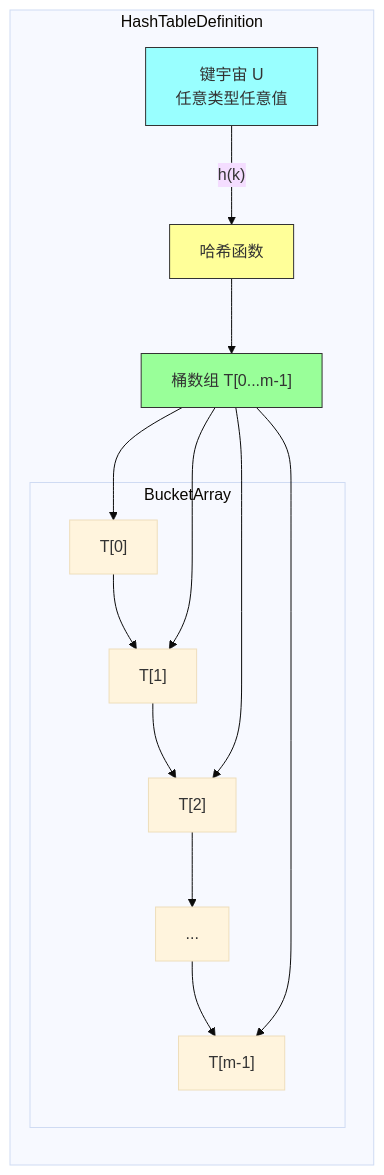
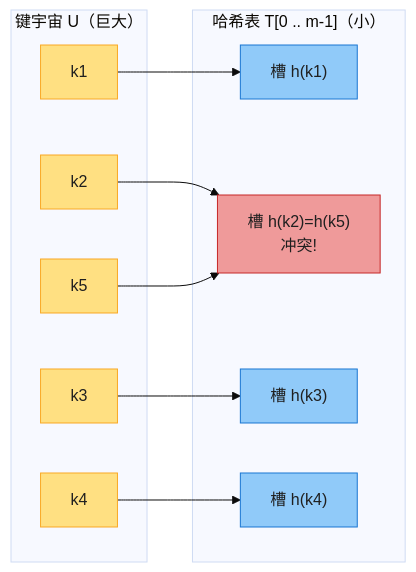
One commit to socoo123/book_reading changed the first of 4 diagrams in IntroductionToAlgorithms/Chapter11_哈希表_深度版.md. Above: the diagram before and after it, drawn with Mermaid (base theme). The commit also changed other lines of this file and 30 other files, not shown here.

````diff
--- a/IntroductionToAlgorithms/Chapter11_哈希表_深度版.md
+++ b/IntroductionToAlgorithms/Chapter11_哈希表_深度版.md
@@ -146,20 +23,28 @@
 ```mermaid
 graph LR
-    subgraph HashTableDefinition
-    A["键宇宙 U<br/>任意类型任意值"] -->|"h(k)"| B["哈希函数"]
-    B --> C["桶数组 T[0...m-1]"]
+    subgraph U["键宇宙 U（巨大）"]
+      k1["k1"]
+      k2["k2"]
+      k3["k3"]
+      k4["k4"]
+      k5["k5"]
+    end
+    subgraph T["哈希表 T[0 .. m-1]（小）"]
+      s1["槽 h(k1)"]
+      s2["槽 h(k2)=h(k5)<br/>冲突!"]
+      s3["槽 h(k3)"]
+      s4["槽 h(k4)"]
+    end
+    k1 --> s1
+    k2 --> s2
+    k5 --> s2
+    k3 --> s3
+    k4 --> s4
 
-    subgraph BucketArray
-    D["T[0]"] --> E["T[1]"] --> F["T[2]"] --> G["..."] --> H["T[m-1]"]
-    end
-
-    C --> D
-    C --> E
-    C --> F
-    C --> H
-    end
-
-    style A fill:#9ff,stroke:#333
-    style B fill:#ff9,stroke:#333
-    style C fill:#9f9,stroke:#333
+    classDef key fill:#FFE082,stroke:#F9A825,color:#1f1f1f
+    classDef slot fill:#90CAF9,stroke:#1976D2,color:#1f1f1f
+    classDef clash fill:#EF9A9A,stroke:#C62828,color:#1f1f1f
+    class k1,k2,k3,k4,k5 key
+    class s1,s3,s4 slot
+    class s2 clash
 ```
````
